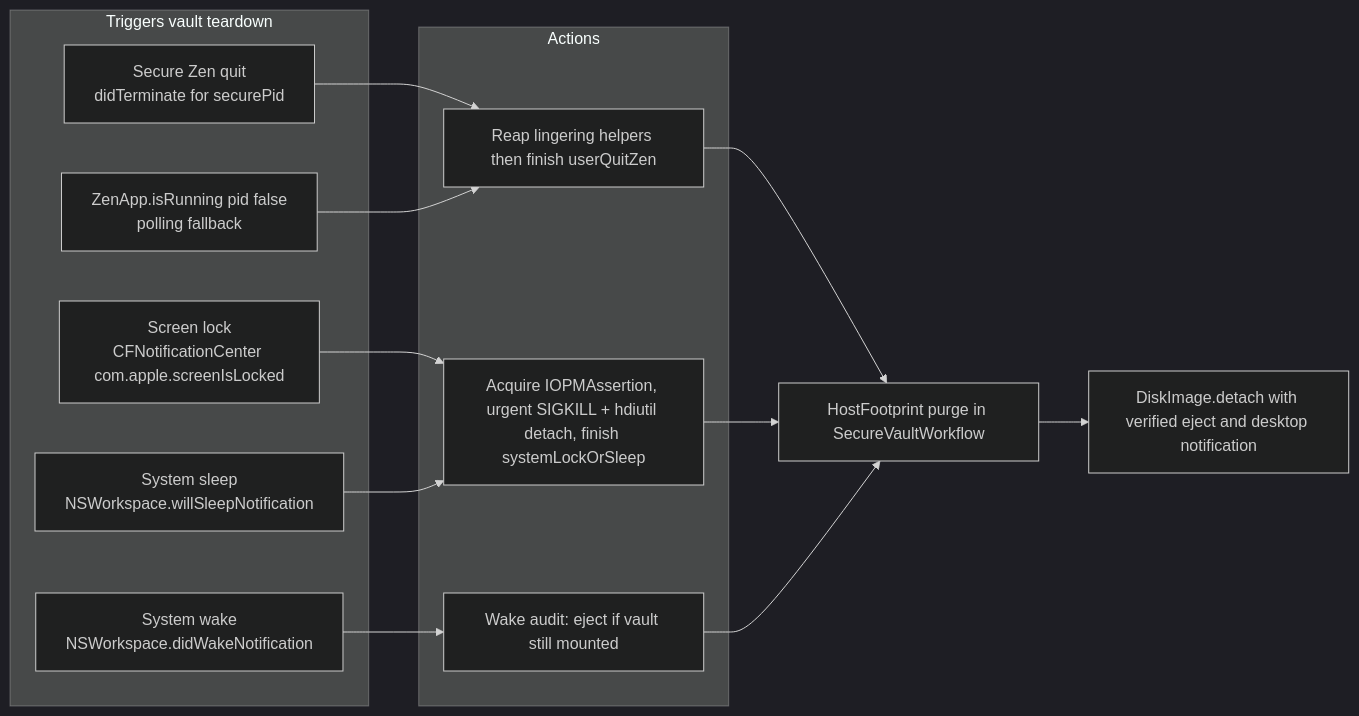
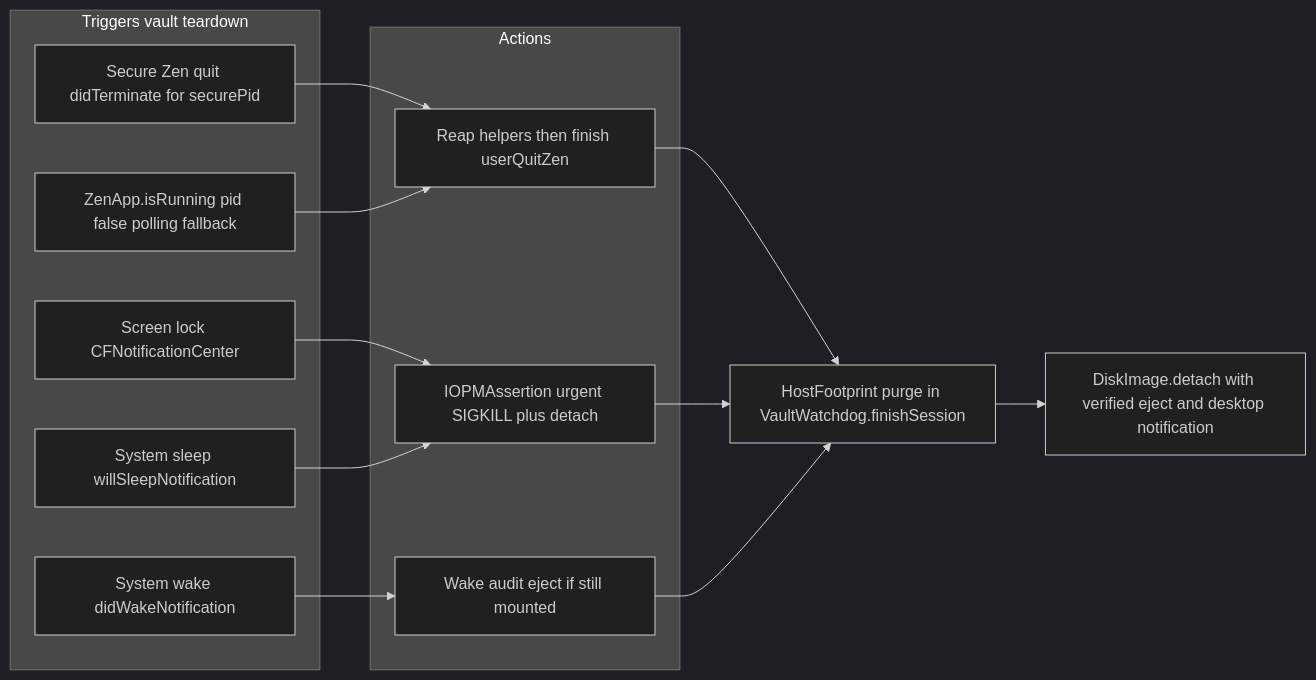
Before and after one commit to Johann-Goncalves-Pereira/Raycast: the fourth of 6 diagrams in პროფილი/README.md, drawn with Mermaid (dark theme). The commit also changed other lines of this file and 17 other files, not shown here.

First line of the commit message:
Fix 🔒: Harden encrypted Zen vault and Omnibar Zen focus (#21)

````diff
--- a/პროფილი/README.md
+++ b/პროფილი/README.md
@@ -138,28 +144,28 @@
 ```mermaid
 flowchart LR
     subgraph triggers [Triggers vault teardown]
-        Quit[Secure Zen quit<br/>didTerminate for securePid]
-        Poll[ZenApp.isRunning pid false<br/>polling fallback]
-        Lock[Screen lock<br/>CFNotificationCenter com.apple.screenIsLocked]
-        Sleep[System sleep<br/>NSWorkspace.willSleepNotification]
-        Wake[System wake<br/>NSWorkspace.didWakeNotification]
+        Quit[Secure Zen quit didTerminate for securePid]
+        Poll[ZenApp.isRunning pid false polling fallback]
+        Lock[Screen lock CFNotificationCenter]
+        Sleep[System sleep willSleepNotification]
+        Wake[System wake didWakeNotification]
     end
 
     subgraph actions [Actions]
-        NormalStop[Reap lingering helpers then finish userQuitZen]
-        SecurityStop[Acquire IOPMAssertion, urgent SIGKILL + hdiutil detach, finish systemLockOrSleep]
-        WakeAudit[Wake audit: eject if vault still mounted]
+        NormalStop[Reap helpers then finish userQuitZen]
+        SecurityStop[IOPMAssertion urgent SIGKILL plus detach]
+        WakeAudit[Wake audit eject if still mounted]
     end
 
     Quit --> NormalStop
     Poll --> NormalStop
     Lock --> SecurityStop
     Sleep --> SecurityStop
     Wake --> WakeAudit
 
-    NormalStop --> Purge[HostFootprint purge in SecureVaultWorkflow]
+    NormalStop --> Purge[HostFootprint purge in VaultWatchdog.finishSession]
     SecurityStop --> Purge
     WakeAudit --> Purge
 
     Purge --> Eject[DiskImage.detach with verified eject and desktop notification]
 ```
````
